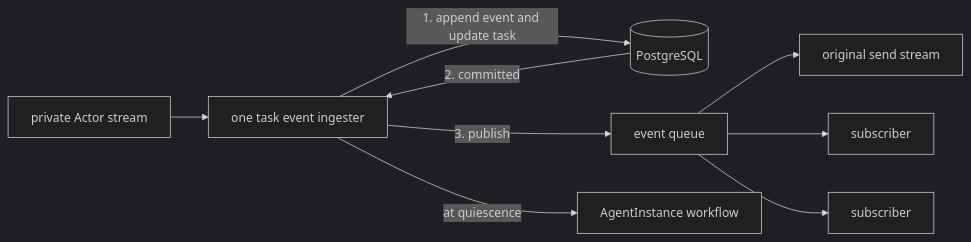
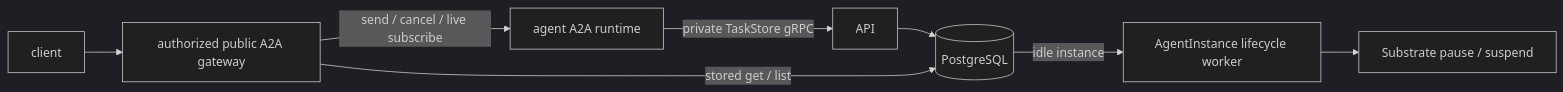
Before and after one commit to kagent-dev/kagent: the diagram in docs/architecture/a2a-gateway.md, drawn with Mermaid (dark theme). The commit also changed other lines of this file and 148 other files, not shown here.

````diff
--- a/docs/architecture/a2a-gateway.md
+++ b/docs/architecture/a2a-gateway.md
@@ -25,11 +26,10 @@
 ```mermaid
 flowchart LR
-    ACTOR[private Actor stream] --> INGEST[one task event ingester]
-    INGEST -->|1. append event and update task| DB[(PostgreSQL)]
-    DB -->|2. committed| INGEST
-    INGEST -->|3. publish| Q[event queue]
-    Q --> SEND[original send stream]
-    Q --> SUB1[subscriber]
-    Q --> SUB2[subscriber]
-    INGEST -->|at quiescence| SUSPEND[AgentInstance workflow]
+    CLIENT[client] --> GATEWAY[authorized public A2A gateway]
+    GATEWAY -->|send / cancel / live subscribe| RUNTIME[agent A2A runtime]
+    RUNTIME -->|private TaskStore gRPC| API[API]
+    API --> DB[(PostgreSQL)]
+    GATEWAY -->|stored get / list| DB
+    DB -->|idle instance| WORKER[AgentInstance lifecycle worker]
+    WORKER --> SUBSTRATE[Substrate pause / suspend]
 ```
````
